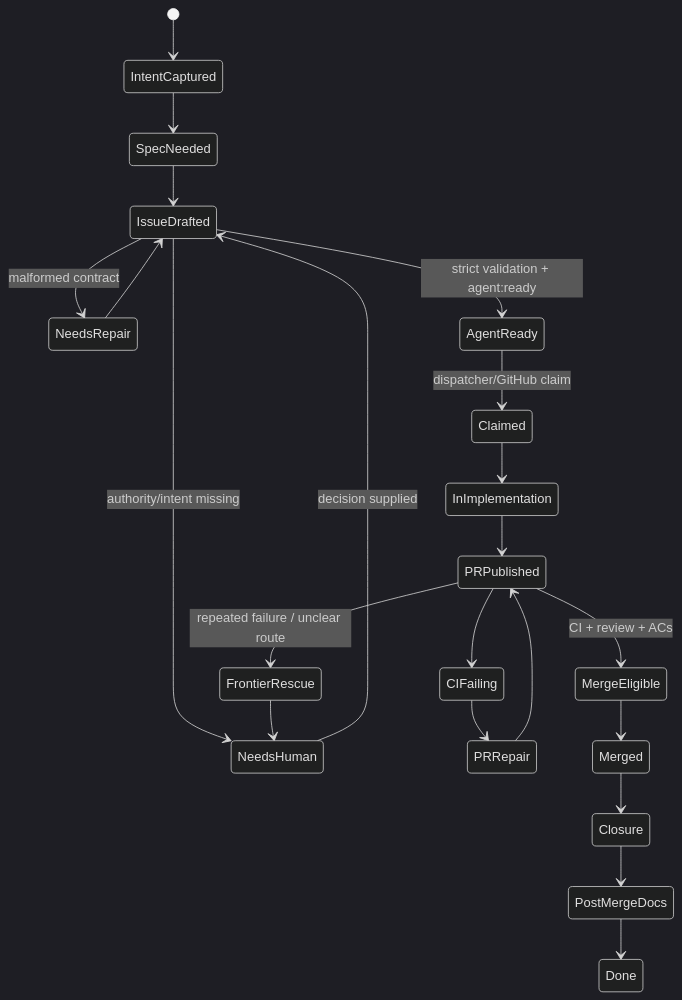
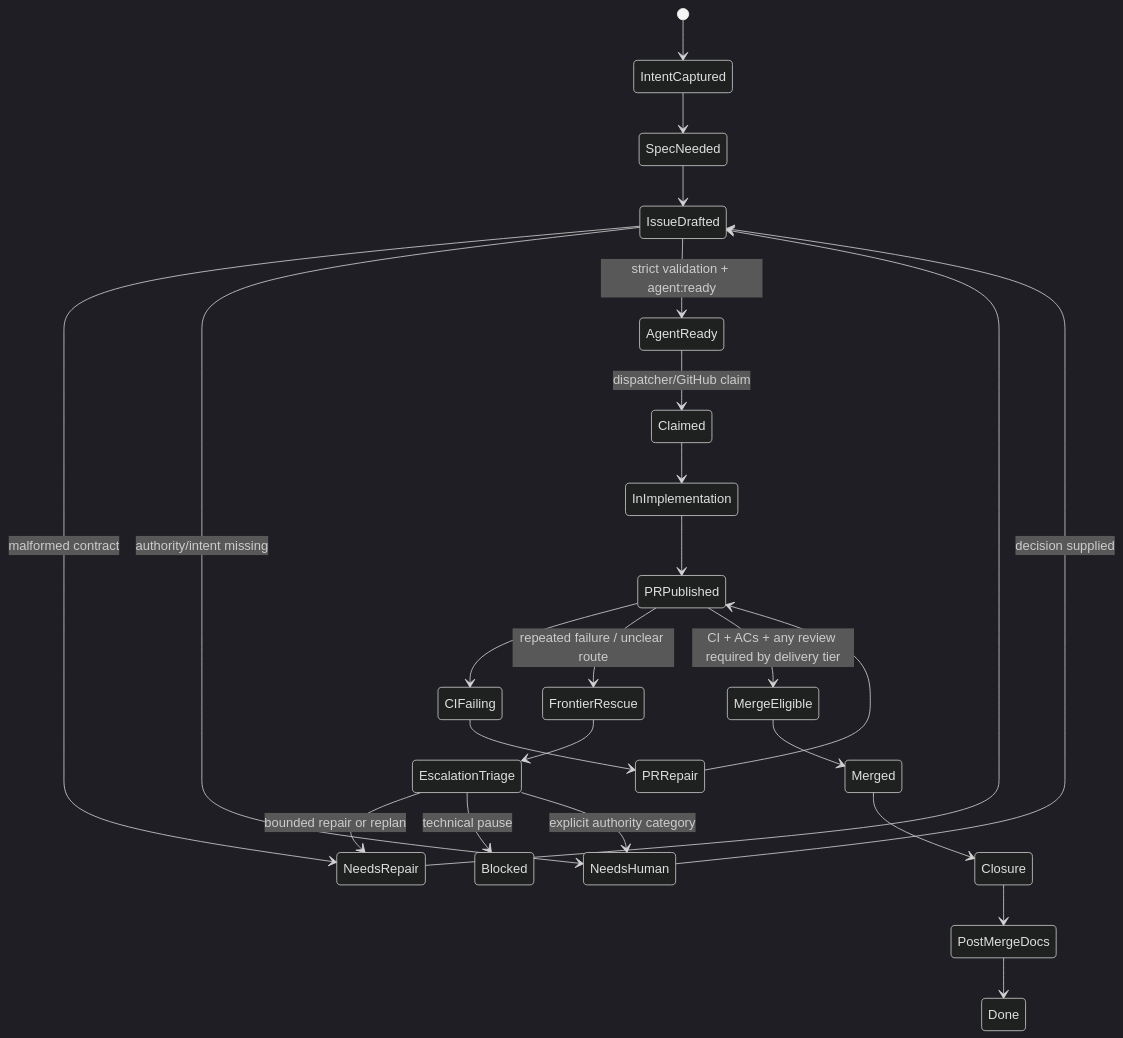
The third of 23 diagrams in docs/development/BUILDER_SYSTEM_PROCESS_MAP.md (RasmusTho/agentic-pkm-mvp), drawn with Mermaid (dark theme) before and after one commit. The commit also changed other lines of this file and 1 other file, not shown here.

First line of the commit message:
Document governed Builder System process architecture

````diff
--- a/docs/development/BUILDER_SYSTEM_PROCESS_MAP.md
+++ b/docs/development/BUILDER_SYSTEM_PROCESS_MAP.md
@@ -345,24 +864,27 @@
 ```mermaid
 stateDiagram-v2
   [*] --> IntentCaptured
   IntentCaptured --> SpecNeeded
   SpecNeeded --> IssueDrafted
   IssueDrafted --> NeedsRepair: malformed contract
   NeedsRepair --> IssueDrafted
   IssueDrafted --> NeedsHuman: authority/intent missing
   NeedsHuman --> IssueDrafted: decision supplied
   IssueDrafted --> AgentReady: strict validation + agent:ready
   AgentReady --> Claimed: dispatcher/GitHub claim
   Claimed --> InImplementation
   InImplementation --> PRPublished
   PRPublished --> CIFailing
   CIFailing --> PRRepair
   PRRepair --> PRPublished
   PRPublished --> FrontierRescue: repeated failure / unclear route
-  FrontierRescue --> NeedsHuman
-  PRPublished --> MergeEligible: CI + review + ACs
+  FrontierRescue --> EscalationTriage
+  EscalationTriage --> NeedsRepair: bounded repair or replan
+  EscalationTriage --> Blocked: technical pause
+  EscalationTriage --> NeedsHuman: explicit authority category
+  PRPublished --> MergeEligible: CI + ACs + any review required by delivery tier
   MergeEligible --> Merged
   Merged --> Closure
   Closure --> PostMergeDocs
   PostMergeDocs --> Done
 ```
````
